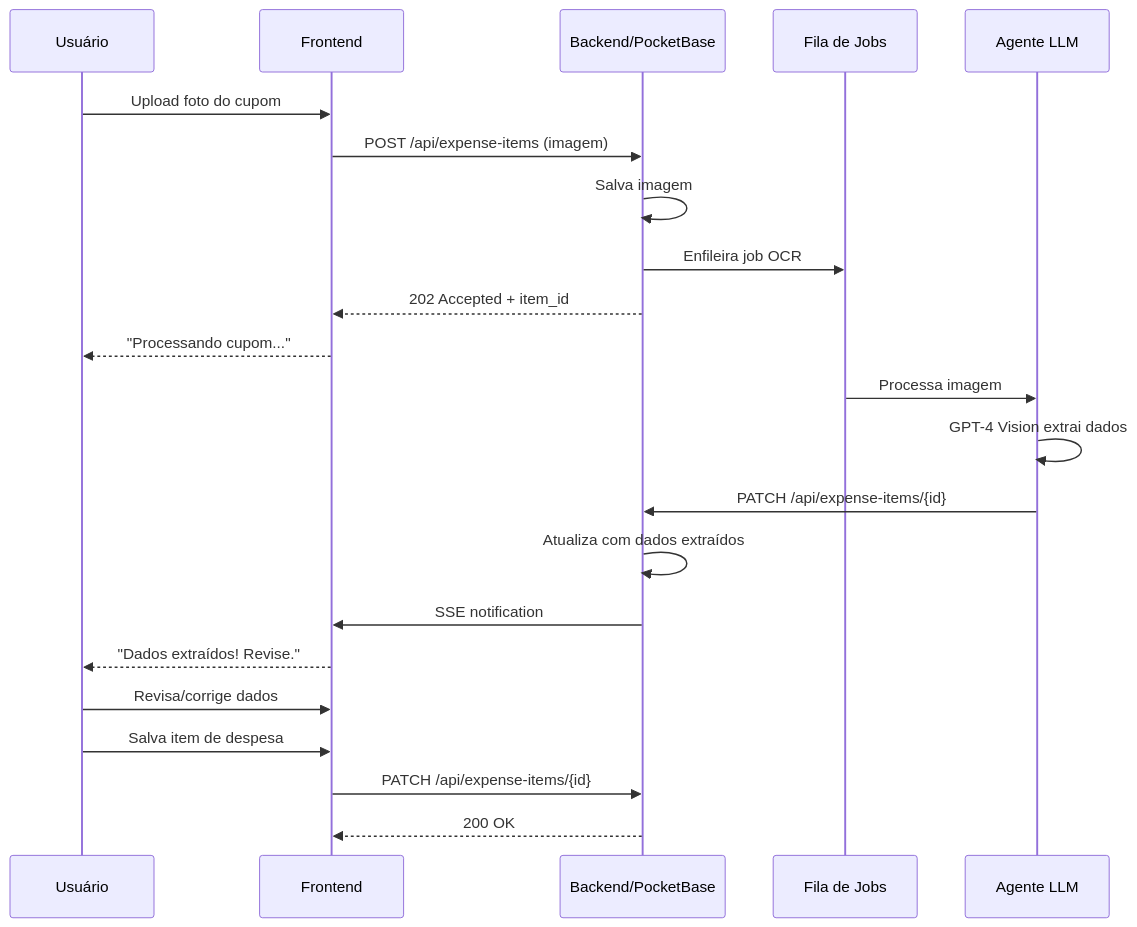
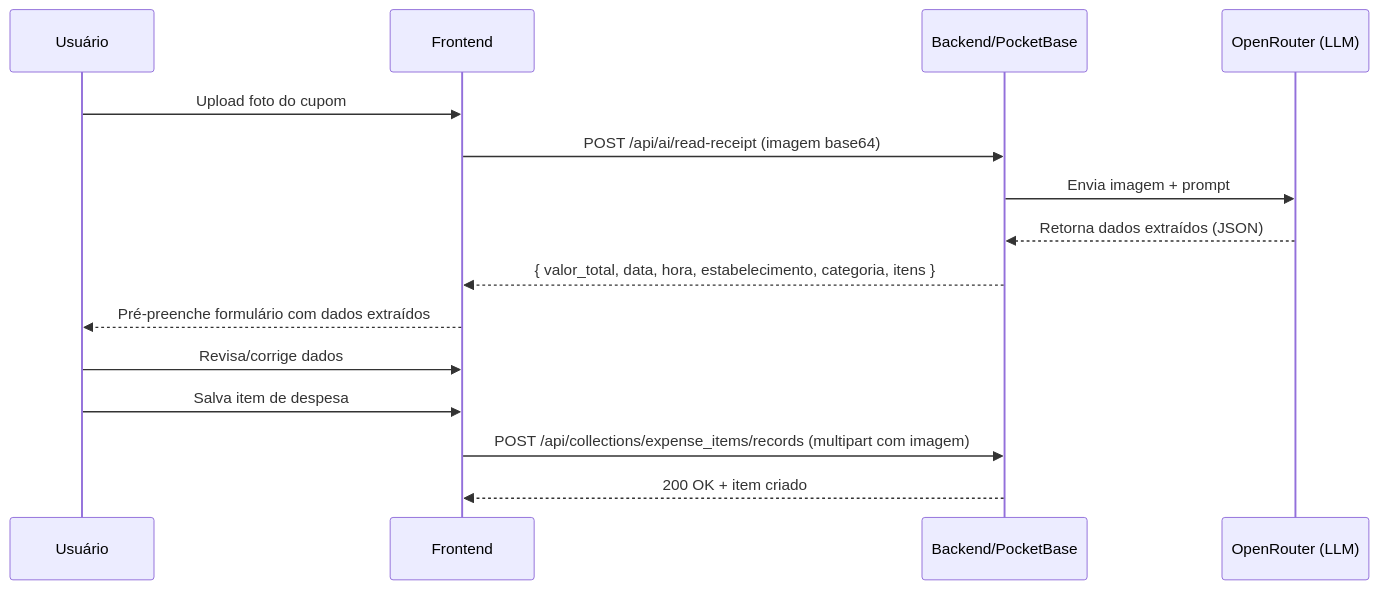
One commit to edsonlcandido/reembolso changed the diagram in docs/PRD.md. Above: the diagram before and after it, drawn with Mermaid. The commit also changed other lines of this file and 4 other files, not shown here.

First line of the commit message:
docs: sincronizar API.md, PRD.md e IMPLEMENTATION.md com o app atual (#41)

````diff
--- a/docs/PRD.md
+++ b/docs/PRD.md
@@ -539,27 +535,19 @@
 ```mermaid
 sequenceDiagram
     participant U as Usuário
     participant F as Frontend
     participant B as Backend/PocketBase
-    participant Q as Fila de Jobs
-    participant A as Agente LLM
+    participant A as OpenRouter (LLM)
     
     U->>F: Upload foto do cupom
-    F->>B: POST /api/expense-items (imagem)
-    B->>B: Salva imagem
-    B->>Q: Enfileira job OCR
-    B-->>F: 202 Accepted + item_id
-    F-->>U: "Processando cupom..."
-    
-    Q->>A: Processa imagem
-    A->>A: GPT-4 Vision extrai dados
-    A->>B: PATCH /api/expense-items/{id}
-    B->>B: Atualiza com dados extraídos
-    B->>F: SSE notification
-    F-->>U: "Dados extraídos! Revise."
+    F->>B: POST /api/ai/read-receipt (imagem base64)
+    B->>A: Envia imagem + prompt
+    A-->>B: Retorna dados extraídos (JSON)
+    B-->>F: { valor_total, data, hora, estabelecimento, categoria, itens }
+    F-->>U: Pré-preenche formulário com dados extraídos
     
     U->>F: Revisa/corrige dados
     U->>F: Salva item de despesa
-    F->>B: PATCH /api/expense-items/{id}
-    B-->>F: 200 OK
+    F->>B: POST /api/collections/expense_items/records (multipart com imagem)
+    B-->>F: 200 OK + item criado
 ```
````
